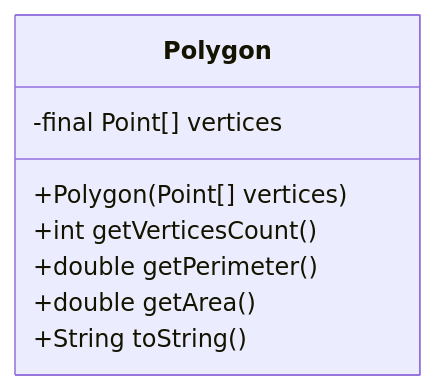
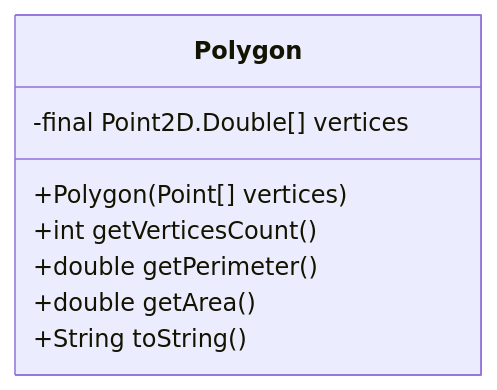
One commit to MarinCervinschi/ObjectOrientedProgramming changed the fourth of 13 diagrams in exercices/src/main/java/oop/README.md. Above: the diagram before and after it, drawn with Mermaid. The commit also changed other lines of this file and 6 other files, not shown here.

````diff
--- a/exercices/src/main/java/oop/README.md
+++ b/exercices/src/main/java/oop/README.md
@@ -144,11 +144,11 @@
 ```mermaid
 classDiagram
     class Polygon {
-        -final Point[] vertices
+        -final Point2D.Double[] vertices
         +Polygon(Point[] vertices)
         +int getVerticesCount()
         +double getPerimeter()
         +double getArea()
         +String toString()
     }
 ```
````
